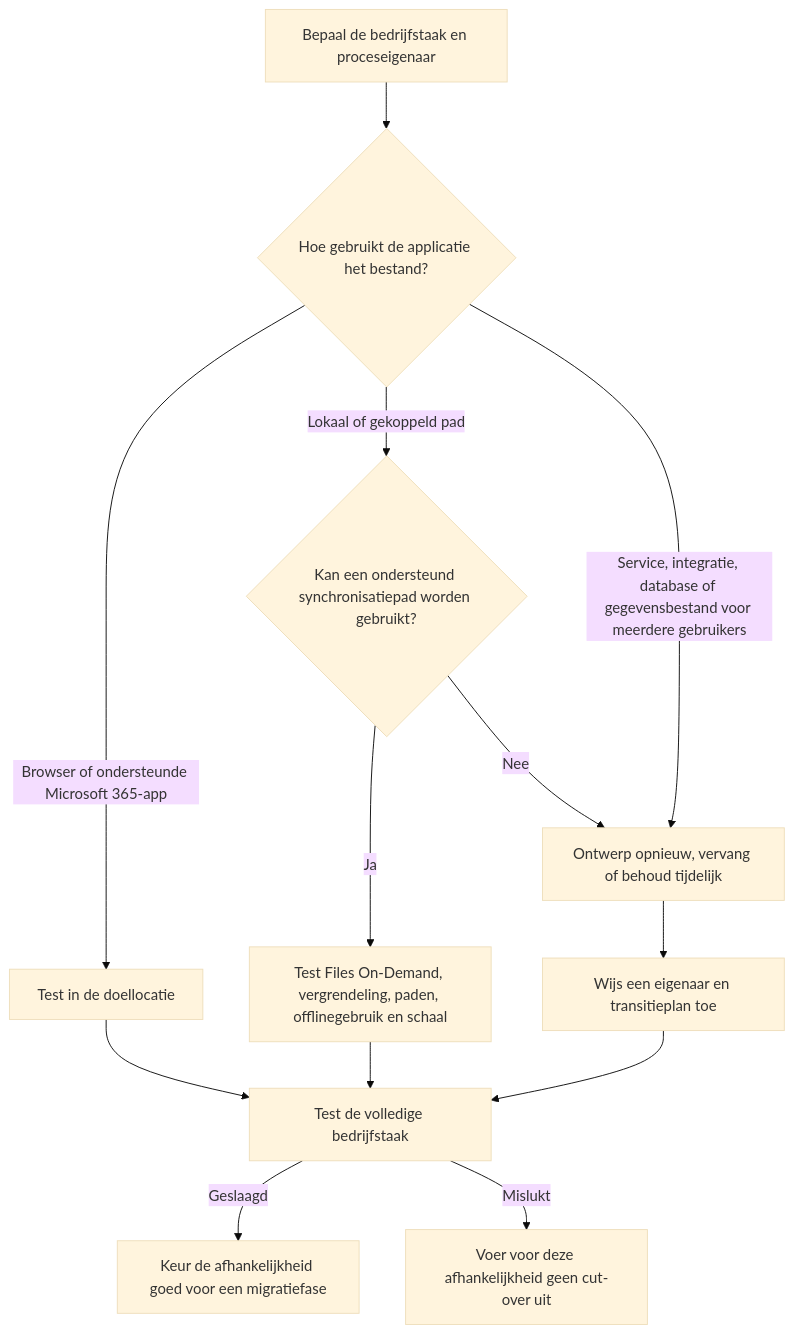
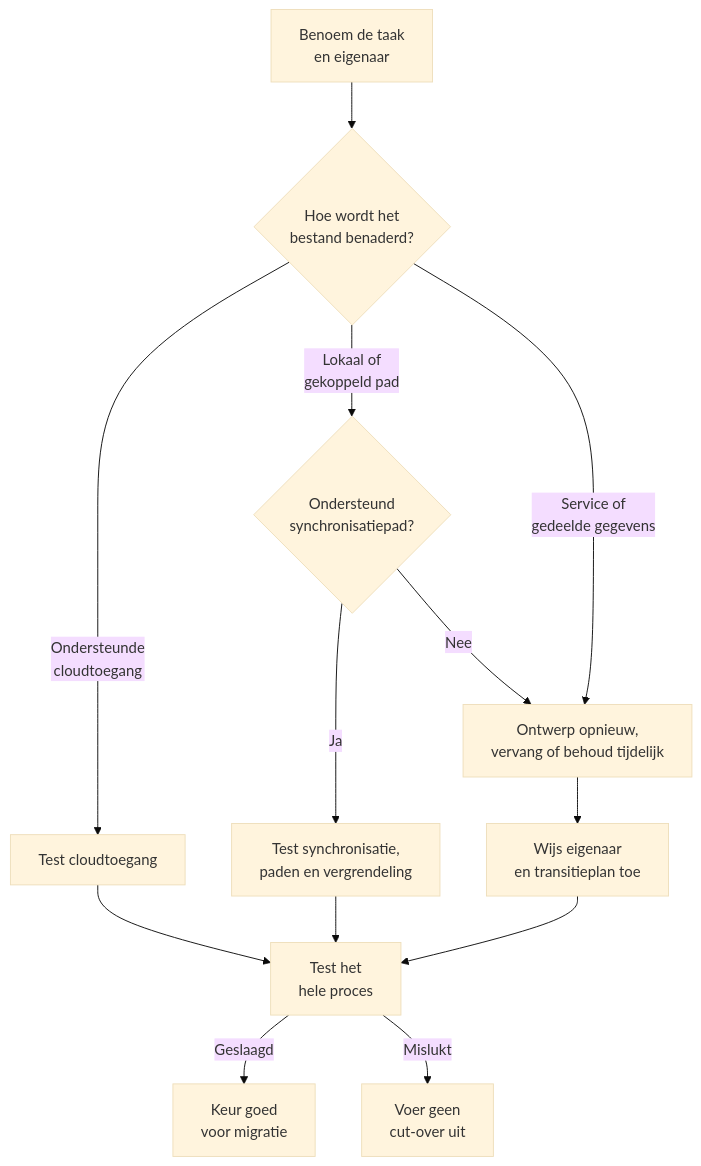
Before and after one commit to DwayneSelsig/M365wizard: the second of 2 diagrams in i18n/nl/docusaurus-plugin-content-docs/current/admin-and-governance/migrate-file-server-to-sharepoint.md, drawn with Mermaid (base theme). The commit also changed other lines of this file and 1 other file, not shown here.

Commit message:
docs: refine flowcharts and improve clarity in migration guide for SharePoint

````diff
--- a/i18n/nl/docusaurus-plugin-content-docs/current/admin-and-governance/migrate-file-server-to-sharepoint.md
+++ b/i18n/nl/docusaurus-plugin-content-docs/current/admin-and-governance/migrate-file-server-to-sharepoint.md
@@ -136,15 +138,15 @@
 ```mermaid
 flowchart TD
-    Process[Bepaal de bedrijfstaak en proceseigenaar] --> Use{Hoe gebruikt de applicatie het bestand?}
-    Use -->|Browser of ondersteunde Microsoft 365-app| Cloud[Test in de doellocatie]
-    Use -->|Lokaal of gekoppeld pad| Local{Kan een ondersteund synchronisatiepad worden gebruikt?}
-    Use -->|Service, integratie, database of gegevensbestand voor meerdere gebruikers| Redesign[Ontwerp opnieuw, vervang of behoud tijdelijk]
-    Local -->|Ja| Sync[Test Files On-Demand, vergrendeling, paden, offlinegebruik en schaal]
+    Process[Benoem de taak<br/>en eigenaar] --> Use{Hoe wordt het<br/>bestand benaderd?}
+    Use -->|Ondersteunde<br/>cloudtoegang| Cloud[Test cloudtoegang]
+    Use -->|Lokaal of<br/>gekoppeld pad| Local{Ondersteund<br/>synchronisatiepad?}
+    Use -->|Service of<br/>gedeelde gegevens| Redesign[Ontwerp opnieuw,<br/>vervang of behoud tijdelijk]
+    Local -->|Ja| Sync[Test synchronisatie,<br/>paden en vergrendeling]
     Local -->|Nee| Redesign
-    Cloud --> Task[Test de volledige bedrijfstaak]
+    Cloud --> Task[Test het<br/>hele proces]
     Sync --> Task
-    Redesign --> Plan[Wijs een eigenaar en transitieplan toe]
+    Redesign --> Plan[Wijs eigenaar<br/>en transitieplan toe]
     Plan --> Task
-    Task -->|Geslaagd| Approve[Keur de afhankelijkheid goed voor een migratiefase]
-    Task -->|Mislukt| Block[Voer voor deze afhankelijkheid geen cut-over uit]
+    Task -->|Geslaagd| Approve[Keur goed<br/>voor migratie]
+    Task -->|Mislukt| Block[Voer geen<br/>cut-over uit]
 ```
````
